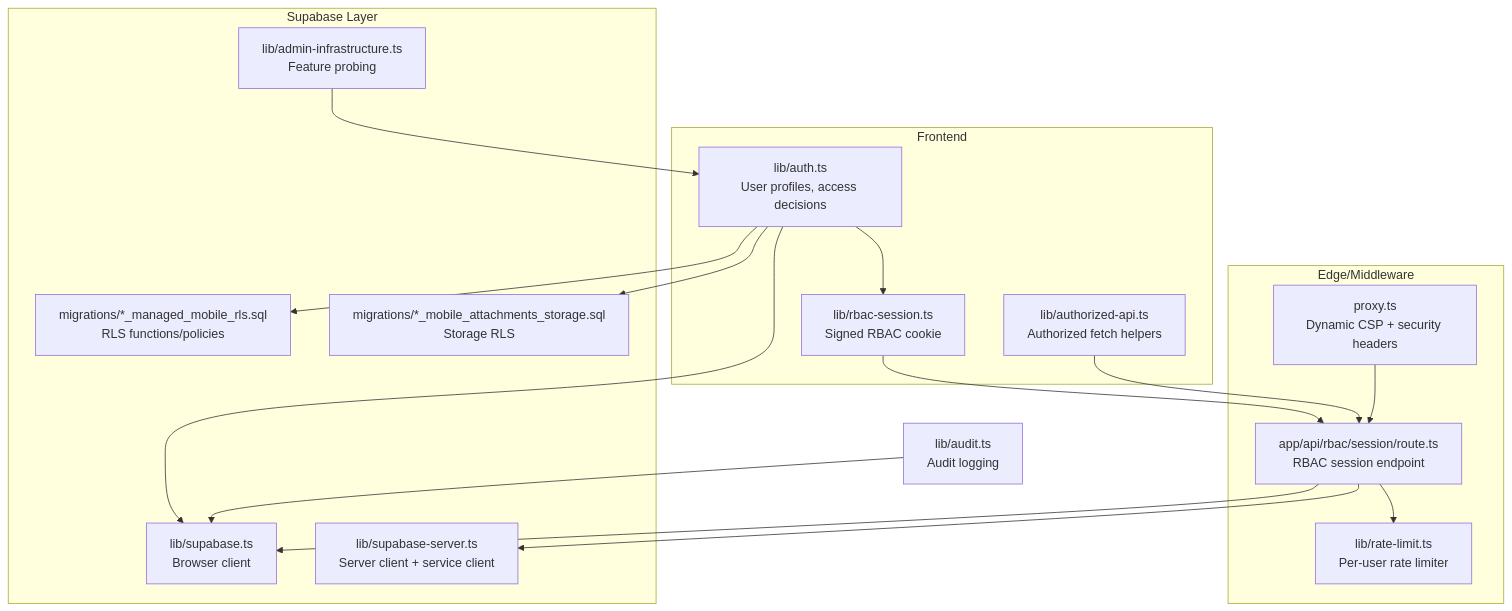
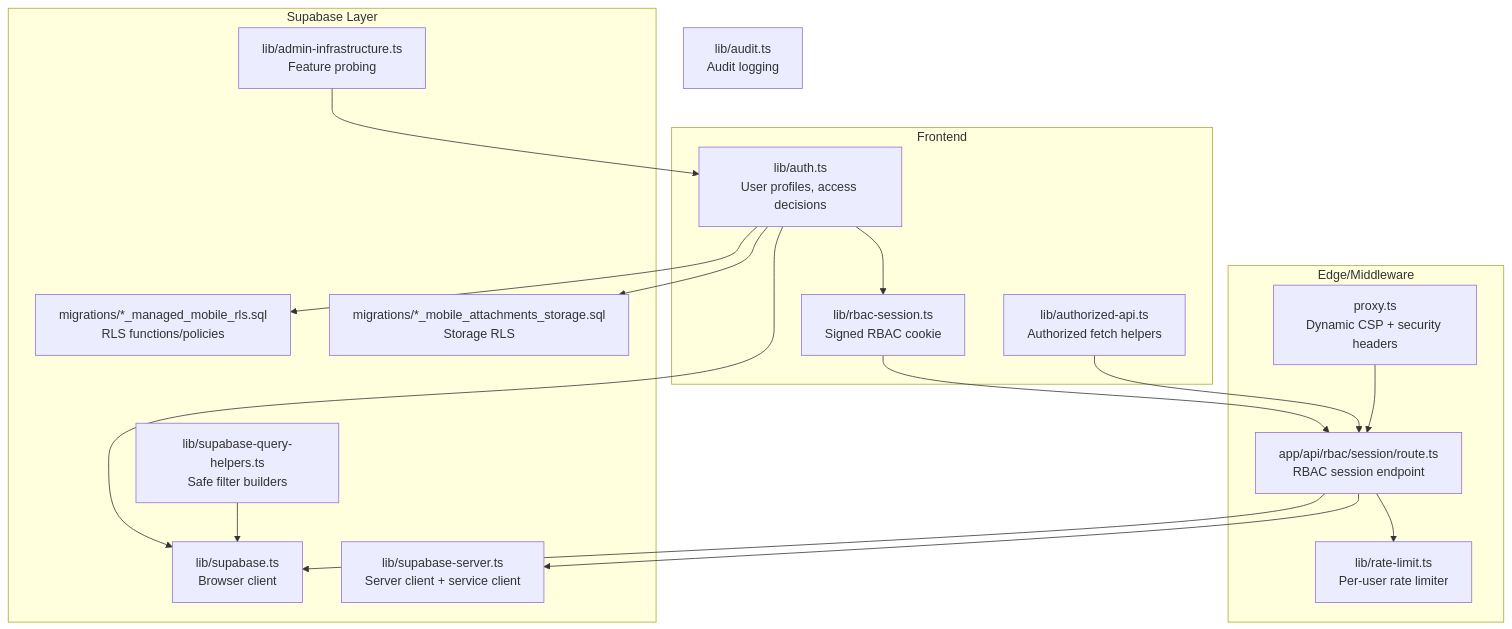
One commit to mustafaalkusaj/appschoolmustafa2002 changed the first of 10 diagrams in .qoder/repowiki/en/content/Security Implementation/Security Implementation.md. Above: the diagram before and after it, drawn with Mermaid. The commit also changed other lines of this file and 8 other files, not shown here.

````diff
--- a/.qoder/repowiki/en/content/Security Implementation/Security Implementation.md
+++ b/.qoder/repowiki/en/content/Security Implementation/Security Implementation.md
@@ -55,33 +56,34 @@
 ```mermaid
 graph TB
 subgraph "Frontend"
 A["lib/auth.ts<br/>User profiles, access decisions"]
 B["lib/rbac-session.ts<br/>Signed RBAC cookie"]
 C["lib/authorized-api.ts<br/>Authorized fetch helpers"]
 end
 subgraph "Edge/Middleware"
 D["proxy.ts<br/>Dynamic CSP + security headers"]
 E["app/api/rbac/session/route.ts<br/>RBAC session endpoint"]
 F["lib/rate-limit.ts<br/>Per-user rate limiter"]
 end
 subgraph "Supabase Layer"
 G["lib/supabase.ts<br/>Browser client"]
 H["lib/supabase-server.ts<br/>Server client + service client"]
 I["migrations/*_managed_mobile_rls.sql<br/>RLS functions/policies"]
 J["migrations/*_mobile_attachments_storage.sql<br/>Storage RLS"]
 K["lib/admin-infrastructure.ts<br/>Feature probing"]
+L["lib/supabase-query-helpers.ts<br/>Safe filter builders"]
 end
-L["lib/audit.ts<br/>Audit logging"]
+M["lib/audit.ts<br/>Audit logging"]
 A --> B
 B --> E
 C --> E
 E --> F
 A --> G
 E --> G
 E --> H
 A --> I
 A --> J
 L --> G
 K --> A
 D --> E
 ```
````
